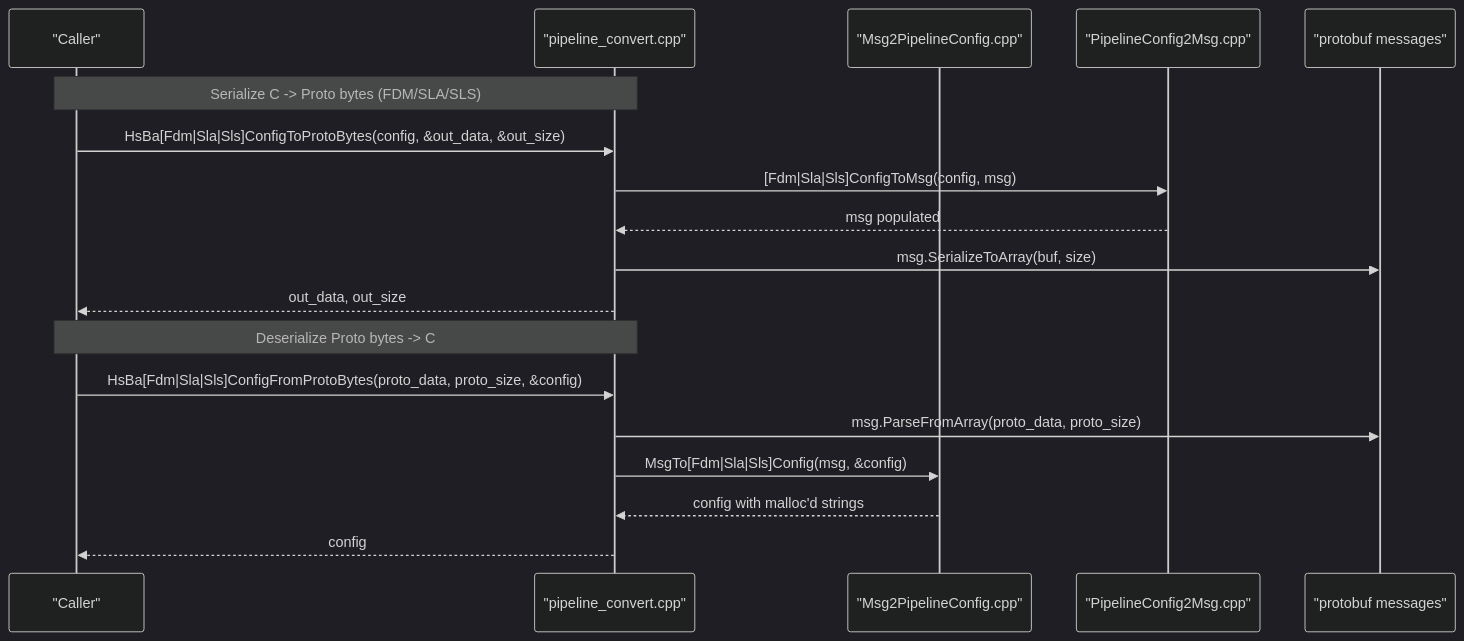
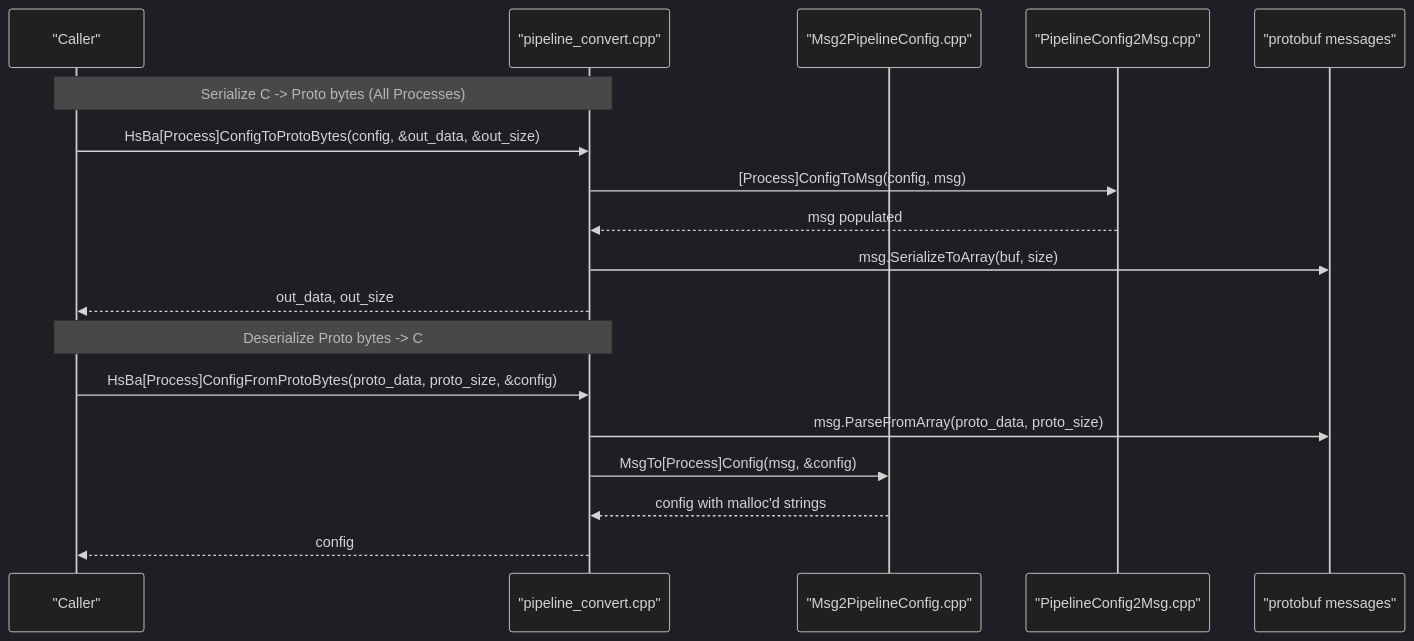
One commit to hsmbanlance/HsBaSlicer changed the second of 7 diagrams in .qoder/repowiki/en/content/API Reference/Pipeline Conversion API.md. Above: the diagram before and after it, drawn with Mermaid (dark theme). The commit also changed other lines of this file and 20 other files, not shown here.

````diff
--- a/.qoder/repowiki/en/content/API Reference/Pipeline Conversion API.md
+++ b/.qoder/repowiki/en/content/API Reference/Pipeline Conversion API.md
@@ -151,20 +146,20 @@
 ```mermaid
 sequenceDiagram
 participant Caller as "Caller"
 participant API as "pipeline_convert.cpp"
 participant ConvIn as "Msg2PipelineConfig.cpp"
 participant ConvOut as "PipelineConfig2Msg.cpp"
 participant Proto as "protobuf messages"
-Note over Caller,API : Serialize C -> Proto bytes (FDM/SLA/SLS)
-Caller->>API : HsBa[Fdm|Sla|Sls]ConfigToProtoBytes(config, &out_data, &out_size)
-API->>ConvOut : [Fdm|Sla|Sls]ConfigToMsg(config, msg)
+Note over Caller,API : Serialize C -> Proto bytes (All Processes)
+Caller->>API : HsBa[Process]ConfigToProtoBytes(config, &out_data, &out_size)
+API->>ConvOut : [Process]ConfigToMsg(config, msg)
 ConvOut-->>API : msg populated
 API->>Proto : msg.SerializeToArray(buf, size)
 API-->>Caller : out_data, out_size
 Note over Caller,API : Deserialize Proto bytes -> C
-Caller->>API : HsBa[Fdm|Sla|Sls]ConfigFromProtoBytes(proto_data, proto_size, &config)
+Caller->>API : HsBa[Process]ConfigFromProtoBytes(proto_data, proto_size, &config)
 API->>Proto : msg.ParseFromArray(proto_data, proto_size)
-API->>ConvIn : MsgTo[Fdm|Sla|Sls]Config(msg, &config)
+API->>ConvIn : MsgTo[Process]Config(msg, &config)
 ConvIn-->>API : config with malloc'd strings
 API-->>Caller : config
 ```
````
